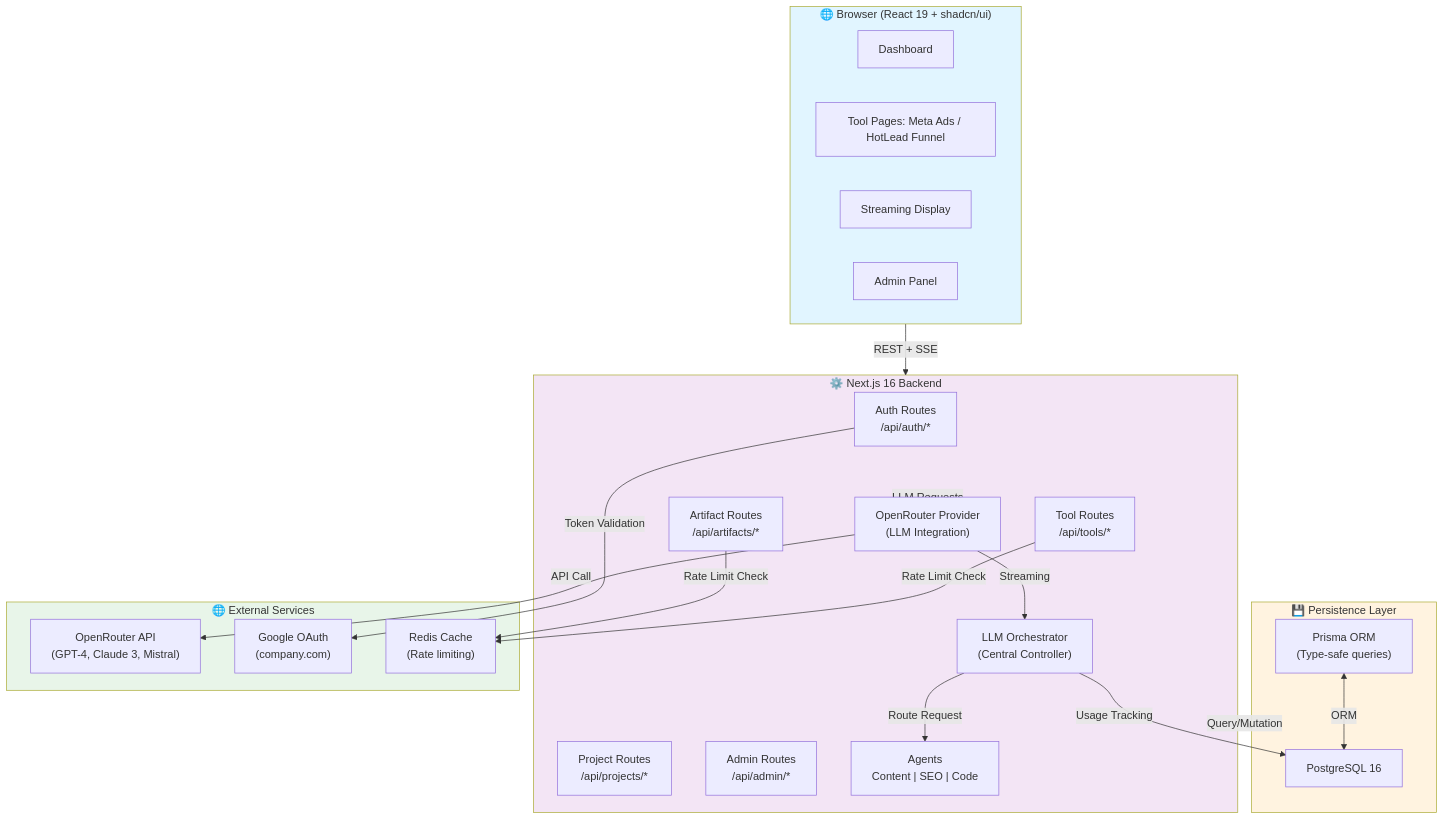
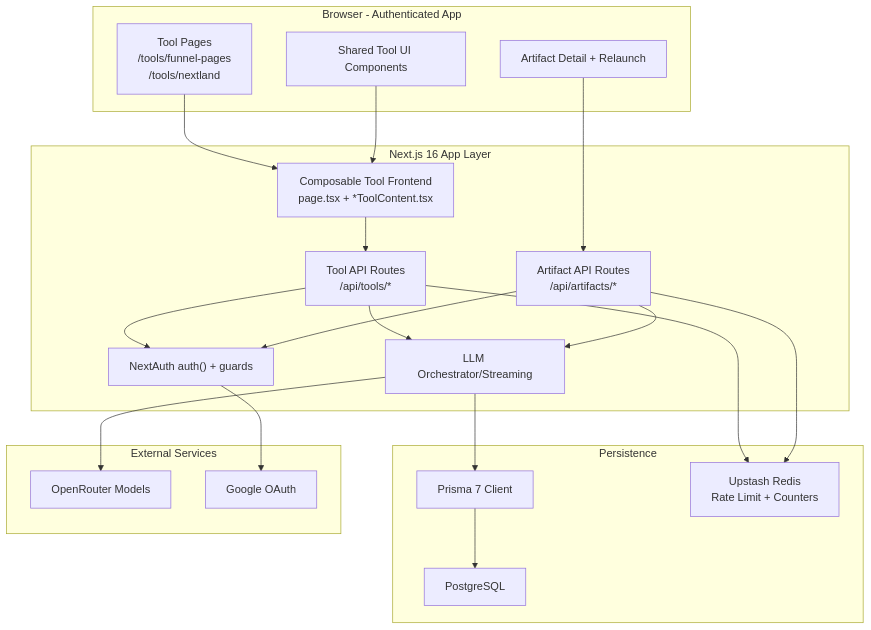
Before and after one commit to federicogerardi/gen-app: the first of 8 diagrams in docs/diagrams/architecture-diagrams.md, drawn with Mermaid. The commit also changed other lines of this file and 149 other files, not shown here.

First line of the commit message:
chore(release): promote dev to main — ADR004 composable tool-pages complete (#46)

````diff
--- a/docs/diagrams/architecture-diagrams.md
+++ b/docs/diagrams/architecture-diagrams.md
@@ -12,49 +25,42 @@
 ```mermaid
 graph TB
-    subgraph Browser["🌐 Browser (React 19 + shadcn/ui)"]
-        Dashboard["Dashboard"]
-        FormUI["Tool Pages: Meta Ads / HotLead Funnel"]
-        StreamDisplay["Streaming Display"]
-        AdminPanel["Admin Panel"]
+    subgraph Browser["Browser - Authenticated App"]
+        ToolPages["Tool Pages\n/tools/funnel-pages\n/tools/nextland"]
+        ArtifactDetail["Artifact Detail + Relaunch"]
+        SharedUI["Shared Tool UI Components"]
     end
 
-    subgraph NextJS["⚙️ Next.js 16 Backend"]
-        AuthAPI["Auth Routes<br/>/api/auth/*"]
-        ArtifactAPI["Artifact Routes<br/>/api/artifacts/*"]
-        ToolAPI["Tool Routes<br/>/api/tools/*"]
-        ProjectAPI["Project Routes<br/>/api/projects/*"]
-        AdminAPI["Admin Routes<br/>/api/admin/*"]
-        
-        Orchestrator["LLM Orchestrator<br/>(Central Controller)"]
-        Agents["Agents<br/>Content | SEO | Code"]
-        Provider["OpenRouter Provider<br/>(LLM Integration)"]
+    subgraph NextApp["Next.js 16 App Layer"]
+        ToolFrontend["Composable Tool Frontend\npage.tsx + *ToolContent.tsx"]
+        ToolRoutes["Tool API Routes\n/api/tools/*"]
+        ArtifactsRoutes["Artifact API Routes\n/api/artifacts/*"]
+        AuthLayer["NextAuth auth() + guards"]
+        LLMCore["LLM Orchestrator/Streaming"]
     end
 
-    subgraph Database["💾 Persistence Layer"]
-        PostgreSQL["PostgreSQL 16"]
-        Prisma["Prisma ORM<br/>(Type-safe queries)"]
+    subgraph DataLayer["Persistence"]
+        Prisma["Prisma 7 Client"]
+        Postgres["PostgreSQL"]
+        Redis["Upstash Redis\nRate Limit + Counters"]
     end
 
-    subgraph External["🌐 External Services"]
-        OpenRouter["OpenRouter API<br/>(GPT-4, Claude 3, Mistral)"]
-        GoogleOAuth["Google OAuth<br/>(company.com)"]
-        Redis["Redis Cache<br/>(Rate limiting)"]
+    subgraph External["External Services"]
+        OpenRouter["OpenRouter Models"]
+        GoogleOAuth["Google OAuth"]
     end
 
-    Browser -->|REST + SSE| NextJS
-    NextJS -->|Query/Mutation| Database
-    Prisma <-->|ORM| PostgreSQL
-    NextJS -->|LLM Requests| Provider
-    Provider -->|Streaming| Orchestrator
-    Orchestrator -->|Route Request| Agents
-    Orchestrator -->|Usage Tracking| PostgreSQL
-    Provider -->|API Call| OpenRouter
-    AuthAPI -->|Token Validation| GoogleOAuth
-    ArtifactAPI -->|Rate Limit Check| Redis
-    ToolAPI -->|Rate Limit Check| Redis
-
-    style Browser fill:#e1f5ff
-    style NextJS fill:#f3e5f5
-    style Database fill:#fff3e0
-    style External fill:#e8f5e9
+    ToolPages --> ToolFrontend
+    SharedUI --> ToolFrontend
+    ArtifactDetail --> ArtifactsRoutes
+    ToolFrontend --> ToolRoutes
+    ToolRoutes --> AuthLayer
+    ArtifactsRoutes --> AuthLayer
+    ToolRoutes --> LLMCore
+    ArtifactsRoutes --> LLMCore
+    LLMCore --> Prisma
+    Prisma --> Postgres
+    ToolRoutes --> Redis
+    ArtifactsRoutes --> Redis
+    LLMCore --> OpenRouter
+    AuthLayer --> GoogleOAuth
 ```
````
